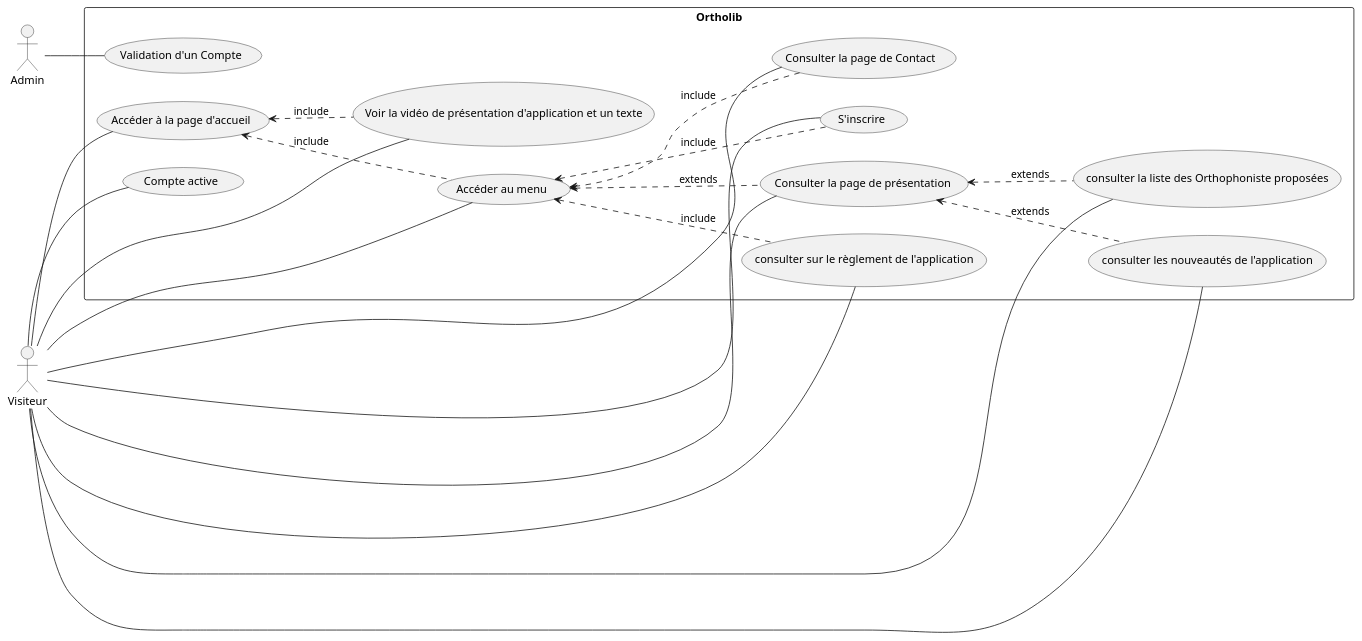
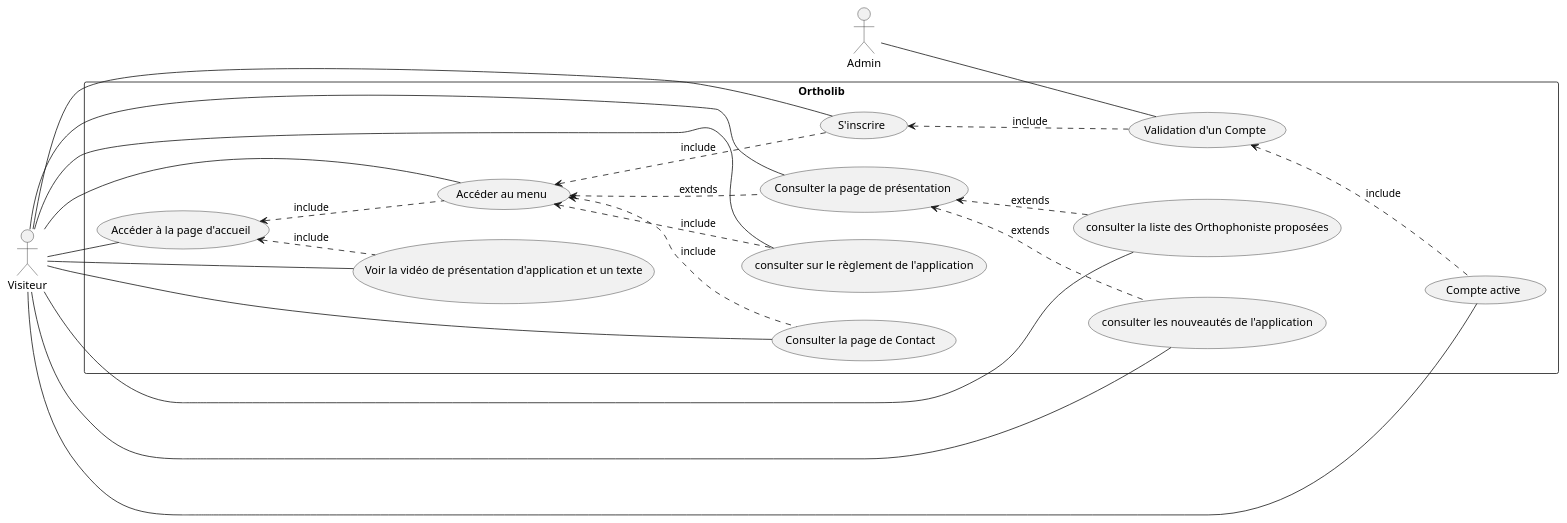
The diagram in analyse/UML/Fonctionnel/visiteur.wsd (elamranibilel/Ortholib), drawn with PlantUML before and after one commit. The commit also changed 1 other file, not shown here.

```diff
--- a/analyse/UML/Fonctionnel/visiteur.wsd
+++ b/analyse/UML/Fonctionnel/visiteur.wsd
@@ -1,47 +1,49 @@
 @startuml Application_visiteur
 
 left to right direction
 actor Visiteur
 
 rectangle Ortholib {
     usecase (Accéder à la page d'accueil) as accueil 
     usecase (Voir la vidéo de présentation d'application et un texte) as VideoPresentation
     usecase (Accéder au menu) as menu
     usecase (Consulter la page de Contact ) as contact
     usecase (Consulter la page de présentation ) as Presentation
     usecase (consulter la liste des Orthophoniste proposées) as ListeOrthophonistes
     usecase (consulter sur le règlement de l'application) as ReglementApplication
     usecase (consulter les nouveautés de l'application) as NouveautesApplication
 /'  usecase (Envoyer une des questions au formulaire de Contact ) as questionContact '/    
     usecase (S'inscrire) as inscription
     /' usecase (Recevoir un email de confirmation ) as emailConfirmation
     usecase (Saisir le code de confirmation) as codeConfirmation '/
     usecase (Validation d'un Compte) as Valider
     usecase (Compte active) as CompteActive
 }
 
 /' ACTOR -- USECASE'/
 Visiteur -- accueil
 Visiteur -- VideoPresentation
 Visiteur -- menu
 Visiteur -- Presentation
 Visiteur -- ListeOrthophonistes
 Visiteur -- ReglementApplication
 Visiteur -- NouveautesApplication
 Visiteur -- contact
 Visiteur -- inscription
 Admin -- Valider
 Visiteur -- CompteActive
 
 
 /' USECASE -- USECASE '/
 accueil <.. VideoPresentation : include
 accueil <.. menu : include
 menu <.. Presentation : extends
 menu <.. ReglementApplication : include
 Presentation <.. ListeOrthophonistes : extends
 Presentation <.. NouveautesApplication : extends
 menu <.. contact : include
 menu <.. inscription : include
+inscription <.. Valider : include
+Valider <.. CompteActive : include
 
 @enduml
```
